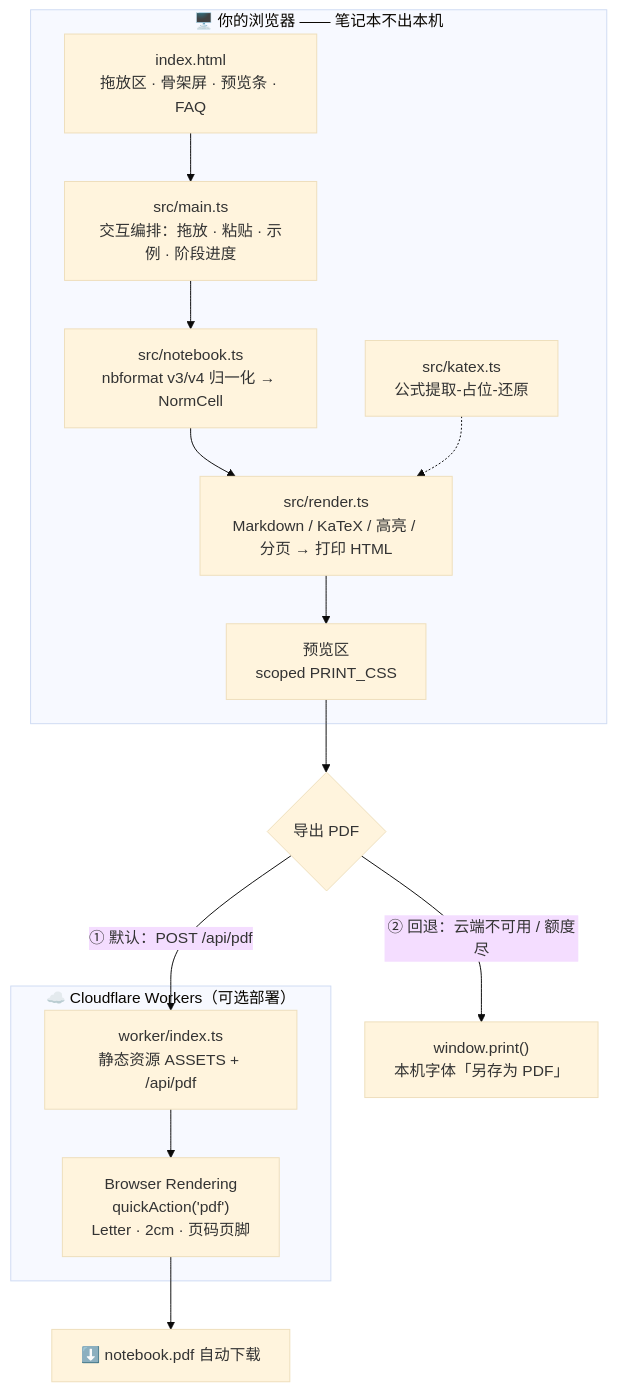
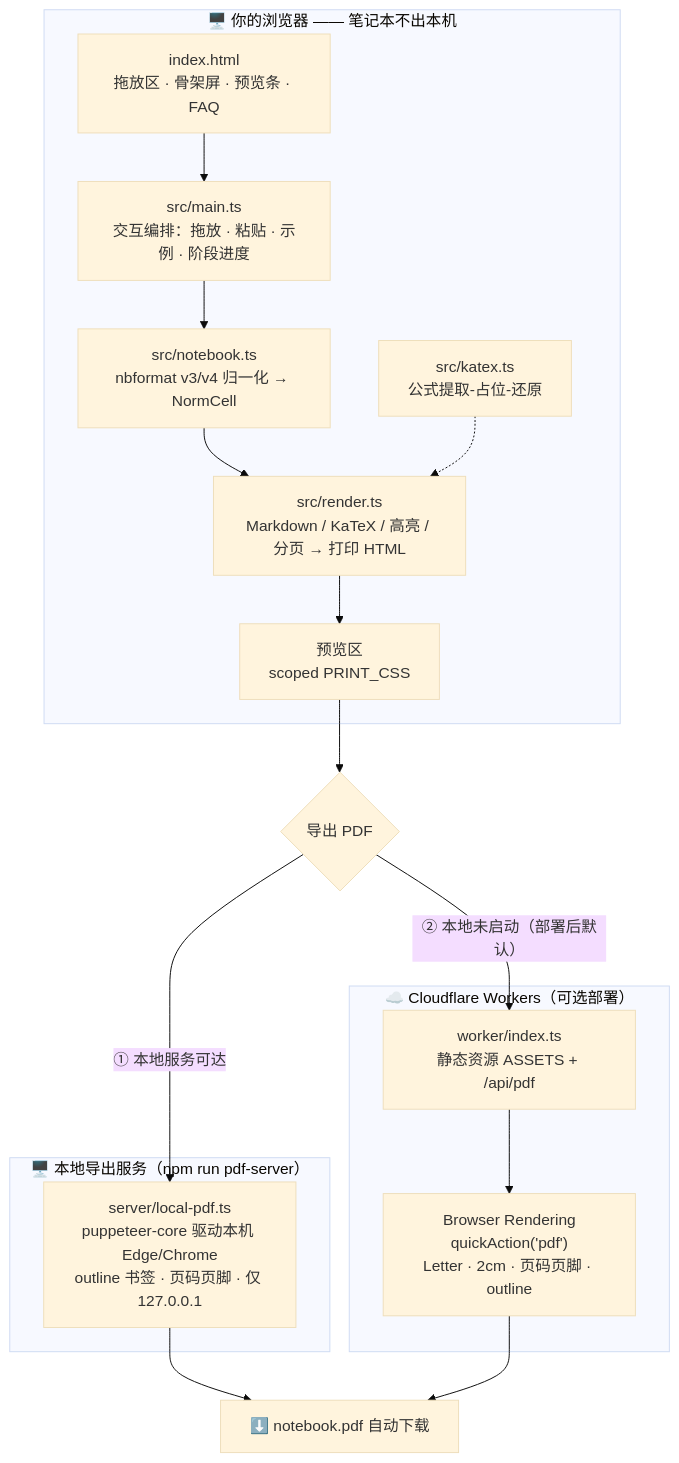
Before and after one commit to WeatherCore/ipynb-to-pdf: the first of 2 diagrams in README.md, drawn with Mermaid (base theme). The commit also changed other lines of this file, not shown here.

````diff
--- a/README.md
+++ b/README.md
@@ -60,17 +60,21 @@
 ```mermaid
 flowchart TB
     subgraph B["🖥️ 你的浏览器 —— 笔记本不出本机"]
         UI["index.html<br/>拖放区 · 骨架屏 · 预览条 · FAQ"] --> MAIN["src/main.ts<br/>交互编排：拖放 · 粘贴 · 示例 · 阶段进度"]
         MAIN --> NB["src/notebook.ts<br/>nbformat v3/v4 归一化 → NormCell"]
         NB --> RD["src/render.ts<br/>Markdown / KaTeX / 高亮 / 分页 → 打印 HTML"]
         KX["src/katex.ts<br/>公式提取-占位-还原"] -.-> RD
         RD --> PV["预览区<br/>scoped PRINT_CSS"]
     end
     PV --> EXP{"导出 PDF"}
-    EXP -- "① 默认：POST /api/pdf" --> W
+    EXP -- "① 本地服务可达" --> L
+    subgraph S["🖥️ 本地导出服务（npm run pdf-server）"]
+        L["server/local-pdf.ts<br/>puppeteer-core 驱动本机 Edge/Chrome<br/>outline 书签 · 页码页脚 · 仅 127.0.0.1"]
+    end
+    EXP -- "② 本地未启动（部署后默认）" --> W
     subgraph C["☁️ Cloudflare Workers（可选部署）"]
-        W["worker/index.ts<br/>静态资源 ASSETS + /api/pdf"] --> BR["Browser Rendering<br/>quickAction('pdf')<br/>Letter · 2cm · 页码页脚"]
+        W["worker/index.ts<br/>静态资源 ASSETS + /api/pdf"] --> BR["Browser Rendering<br/>quickAction('pdf')<br/>Letter · 2cm · 页码页脚 · outline"]
     end
-    BR --> PDF["⬇️ notebook.pdf 自动下载"]
-    EXP -- "② 回退：云端不可用 / 额度尽" --> PRT["window.print()<br/>本机字体「另存为 PDF」"]
+    L --> PDF["⬇️ notebook.pdf 自动下载"]
+    BR --> PDF
 ```
````
